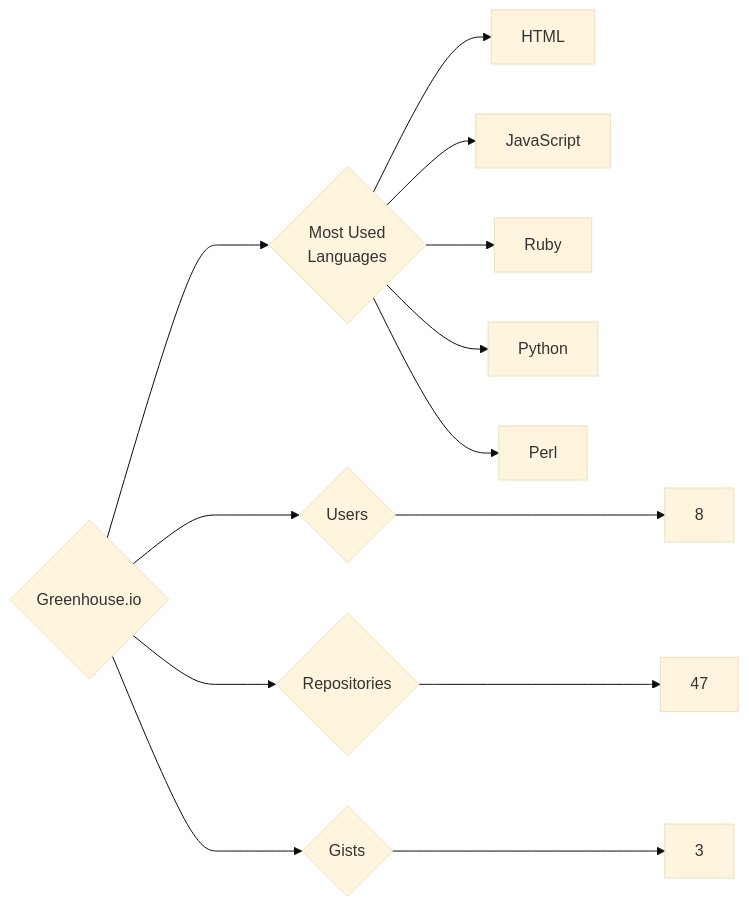
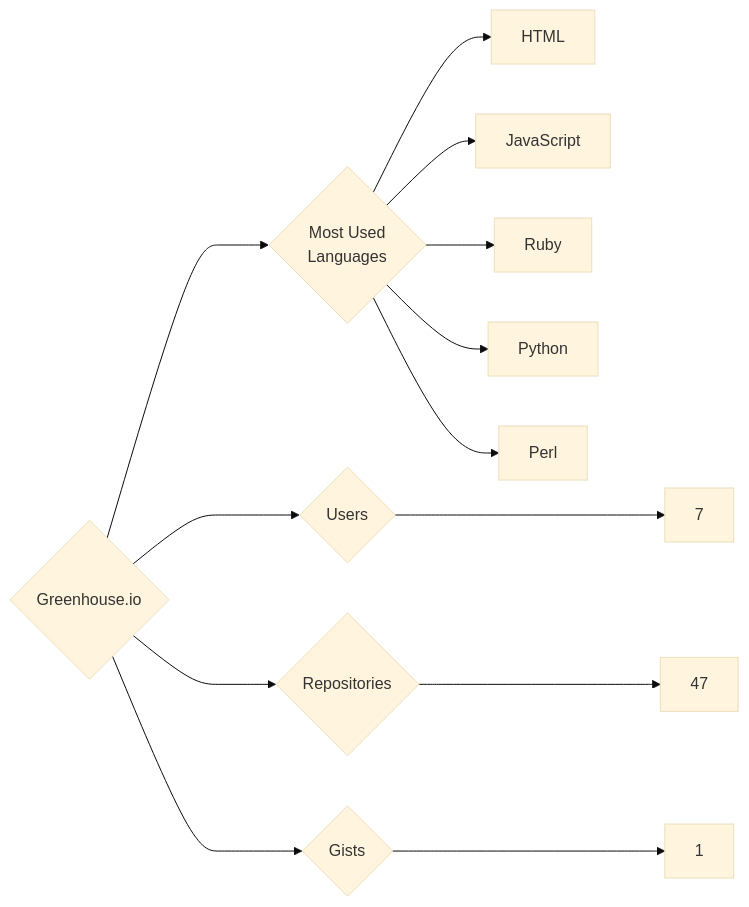
The diagram in targets/Greenhouse.io/README.md (trickest/insiders), drawn with Mermaid (base theme) before and after one commit. The commit also changed 997 other files, not shown here.

````diff
--- a/targets/Greenhouse.io/README.md
+++ b/targets/Greenhouse.io/README.md
@@ -3,13 +3,13 @@
 ```mermaid
 graph LR
 COMPANY_NAME{Greenhouse.io}
-COMPANY_NAME ---> U{Users} ---> UN[8]
+COMPANY_NAME ---> U{Users} ---> UN[7]
 COMPANY_NAME ---> R{Repositories} ---> RN[47]
-COMPANY_NAME ---> G{Gists} ---> GN[3]
+COMPANY_NAME ---> G{Gists} ---> GN[1]
 COMPANY_NAME ---> ML{Most Used<br>Languages}
 ML --> HTML[HTML]
 ML --> JavaScript[JavaScript]
 ML --> Ruby[Ruby]
 ML --> Python[Python]
 ML --> Perl[Perl]
 ```
````
